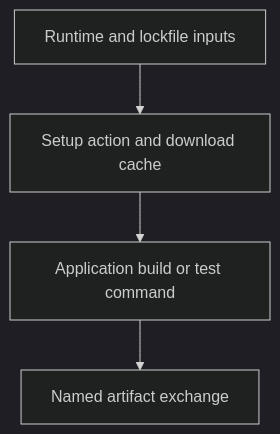
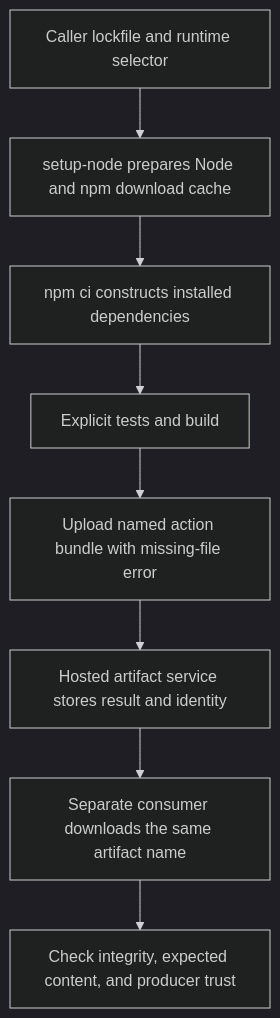
One commit to Rohit1024/actions-learn changed the diagram in docs/lessons/0039-setup-cache-and-artifact-actions.md. Above: the diagram before and after it, drawn with Mermaid (dark theme). The commit also changed other lines of this file and 206 other files, not shown here.

````diff
--- a/docs/lessons/0039-setup-cache-and-artifact-actions.md
+++ b/docs/lessons/0039-setup-cache-and-artifact-actions.md
@@ -46,6 +102,10 @@
 ```mermaid
 flowchart TD
-    A["Runtime and lockfile inputs"] --> B["Setup action and download cache"]
-    B --> C["Application build or test command"]
-    C --> D["Named artifact exchange"]
+    Lock["Caller lockfile and runtime selector"] --> Setup["setup-node prepares Node and npm download cache"]
+    Setup --> Install["npm ci constructs installed dependencies"]
+    Install --> Work["Explicit tests and build"]
+    Work --> Upload["Upload named action bundle with missing-file error"]
+    Upload --> Service["Hosted artifact service stores result and identity"]
+    Service --> Download["Separate consumer downloads the same artifact name"]
+    Download --> Check["Check integrity, expected content, and producer trust"]
 ```
````
